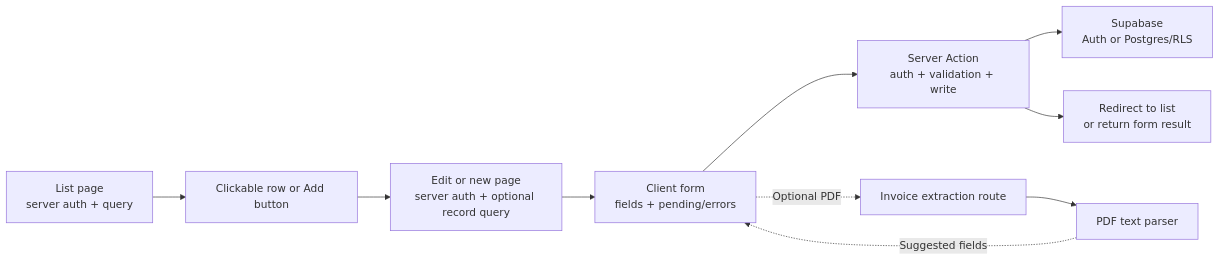
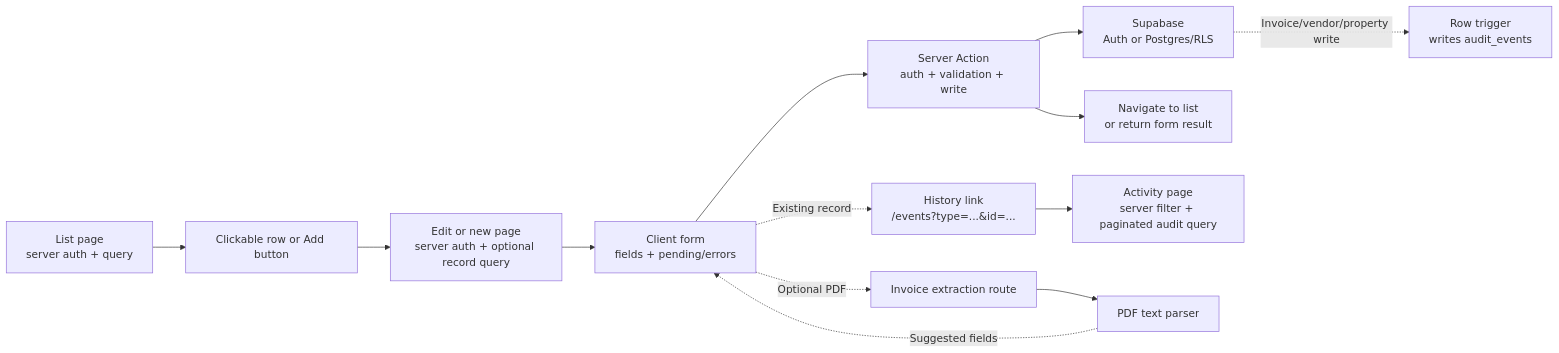
One commit to dallassoftwaredevelopers/cohort-team-2026-works-on-my-machine changed the diagram in docs/code-patterns/list-new-edit-routes.md. Above: the diagram before and after it, drawn with Mermaid. The commit also changed other lines of this file and 1 other file, not shown here.

Commit message:
Document Activity viewer and current resource flows

````diff
--- a/docs/code-patterns/list-new-edit-routes.md
+++ b/docs/code-patterns/list-new-edit-routes.md
@@ -56,12 +60,15 @@
 ```mermaid
 flowchart LR
     List["List page<br/>server auth + query"] --> Row["Clickable row or Add button"]
     Row --> Page["Edit or new page<br/>server auth + optional record query"]
     Page --> Form["Client form<br/>fields + pending/errors"]
     Form --> Action["Server Action<br/>auth + validation + write"]
     Action --> DB["Supabase<br/>Auth or Postgres/RLS"]
-    Action --> Result["Redirect to list<br/>or return form result"]
+    DB -. "Invoice/vendor/property write" .-> Audit["Row trigger<br/>writes audit_events"]
+    Action --> Result["Navigate to list<br/>or return form result"]
+    Form -. "Existing record" .-> History["History link<br/>/events?type=...&id=..."]
+    History --> Viewer["Activity page<br/>server filter + paginated audit query"]
     Form -. "Optional PDF" .-> Extract["Invoice extraction route"]
     Extract --> Parser["PDF text parser"]
     Parser -. "Suggested fields" .-> Form
 ```
````
